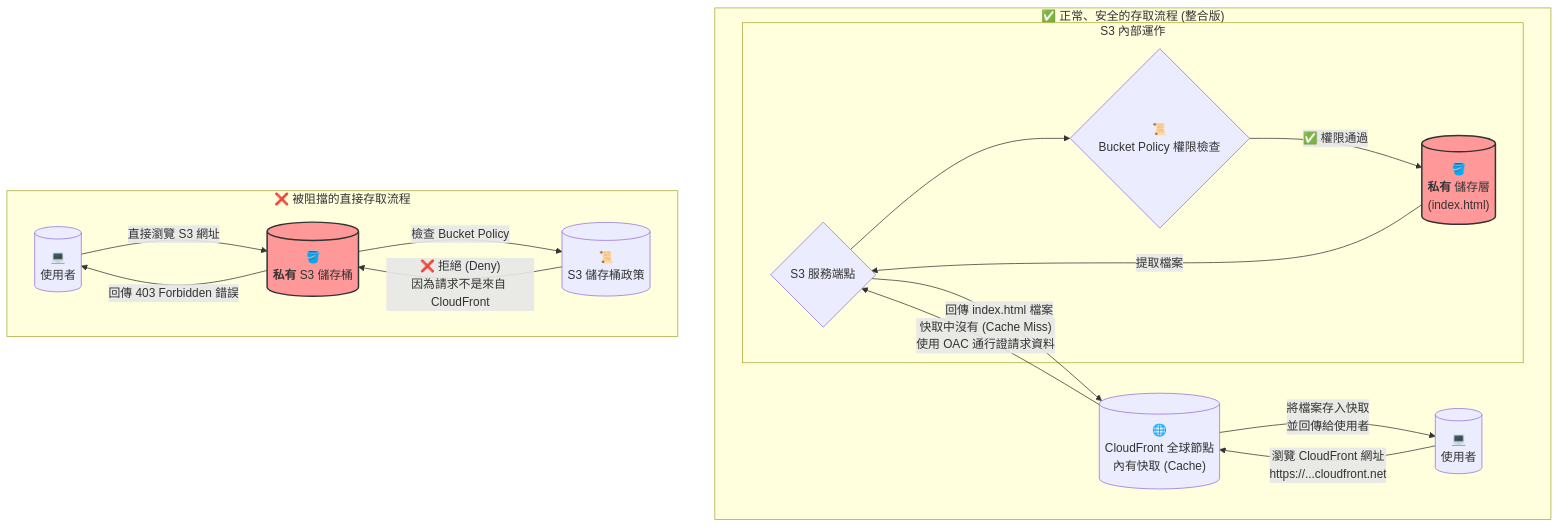
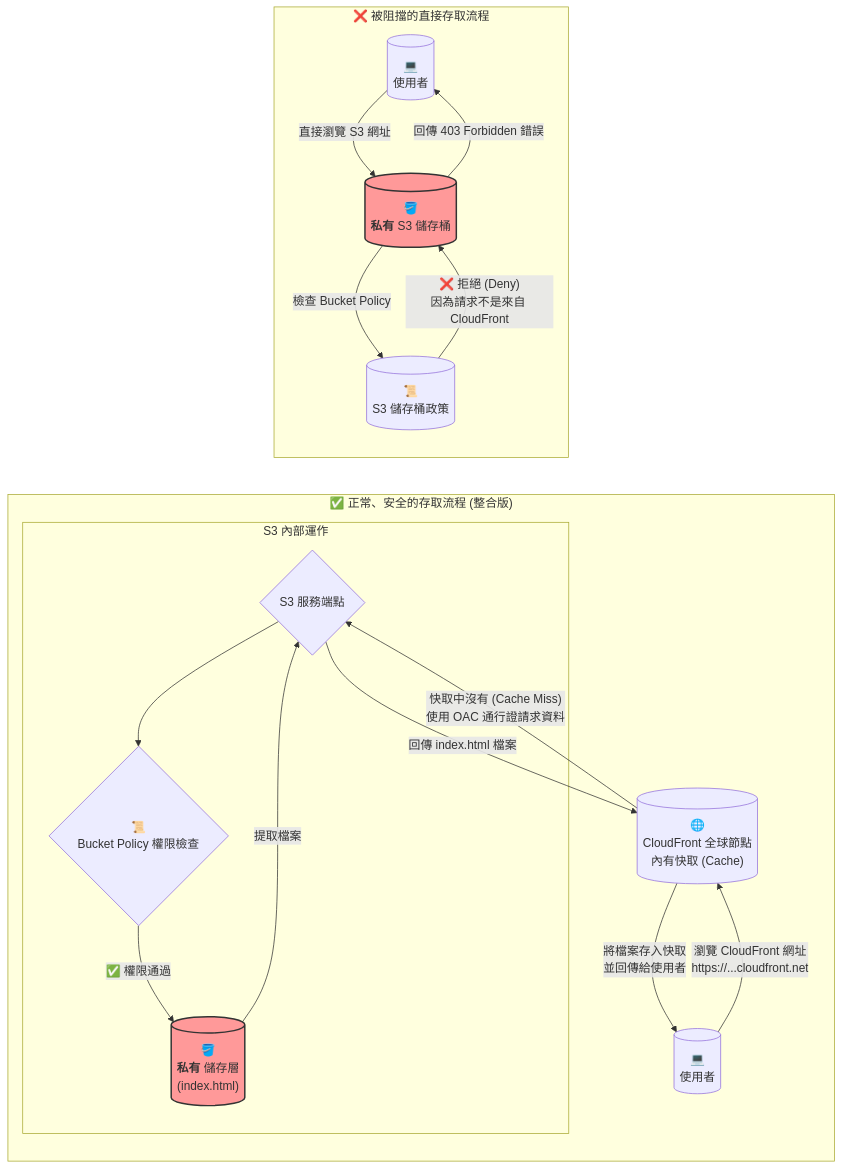
Before and after one commit to leave3310/aws-practice: the diagram in s3/README.md, drawn with Mermaid. The commit also changed other lines of this file, not shown here.

Commit message:
feat(README.md): 更新架構圖方向為橫向

````diff
--- a/s3/README.md
+++ b/s3/README.md
@@ -1,34 +2,34 @@
 ```mermaid
-graph TD
+graph LR
     subgraph "✅ 正常、安全的存取流程 (整合版)"
         User[("💻<br>使用者")] -->|"瀏覽 CloudFront 網址<br>https://...cloudfront.net"| CF[("🌐<br>CloudFront 全球節點<br>內有快取 (Cache)")]
         
         %% CloudFront 請求進入 S3 的服務端點
         CF -->|"快取中沒有 (Cache Miss)<br>使用 OAC 通行證請求資料"| Gateway{"S3 服務端點"}
 
         %% 這裡嵌入了 S3 的詳細內部運作流程
         subgraph S3 內部運作
             Gateway --> Policy{"📜<br>Bucket Policy 權限檢查"}
             Policy -- "✅ 權限通過" --> Storage[("🪣<br><b>私有</b> 儲存層<br>(index.html)")]
             Storage -->|"提取檔案"| Gateway
         end
 
         %% S3 服務端點將檔案回傳給 CloudFront
         Gateway -->|"回傳 index.html 檔案"| CF
         
         %% CloudFront 將檔案回傳給使用者
         CF -->|"將檔案存入快取<br>並回傳給使用者"| User
     end
 
     %% 被阻擋的流程保持不變
     subgraph "❌ 被阻擋的直接存取流程"
         User2[("💻<br>使用者")] -->|"直接瀏覽 S3 網址"| S3_Blocked[("🪣<br><b>私有</b> S3 儲存桶")]
         S3_Blocked -->|"檢查 Bucket Policy"| Policy_Blocked[("📜<br>S3 儲存桶政策")]
         Policy_Blocked -->|"❌ 拒絕 (Deny)<br>因為請求不是來自 CloudFront"| S3_Blocked
         S3_Blocked -->|"回傳 403 Forbidden 錯誤"| User2
     end
 
     %% 套用樣式
     style Storage fill:#FF9999,stroke:#333,stroke-width:2px
     style S3_Blocked fill:#FF9999,stroke:#333,stroke-width:2px
 ```
````
